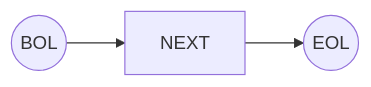
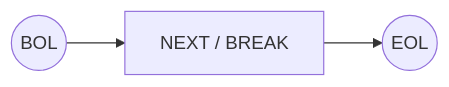
One commit to rewhowe/snapdragon changed the sixth of 15 diagrams in documentation/nfsm.md. Above: the diagram before and after it, drawn with Mermaid. The commit also changed other lines of this file and 7 other files, not shown here.

````diff
--- a/documentation/nfsm.md
+++ b/documentation/nfsm.md
@@ -140,6 +142,6 @@
 ```mermaid
 graph LR
-  BOL((BOL)) --> NEXT
+  BOL((BOL)) --> NEXT_BREAK["NEXT / BREAK"]
 
-  NEXT --> EOL((EOL))
+  NEXT_BREAK --> EOL((EOL))
 ```
````
